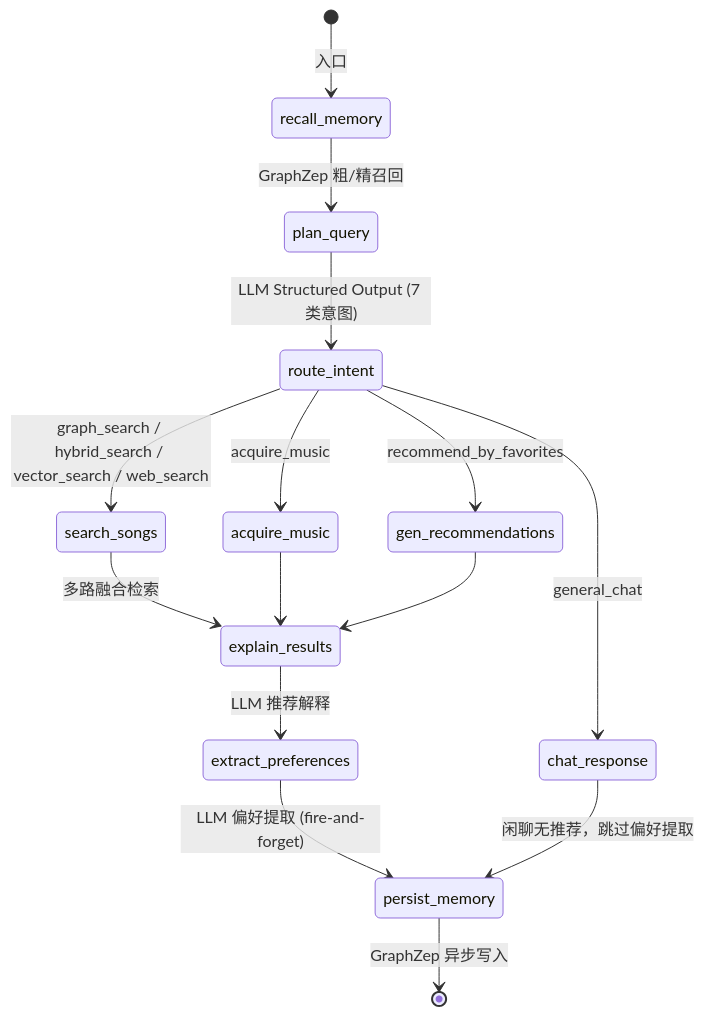
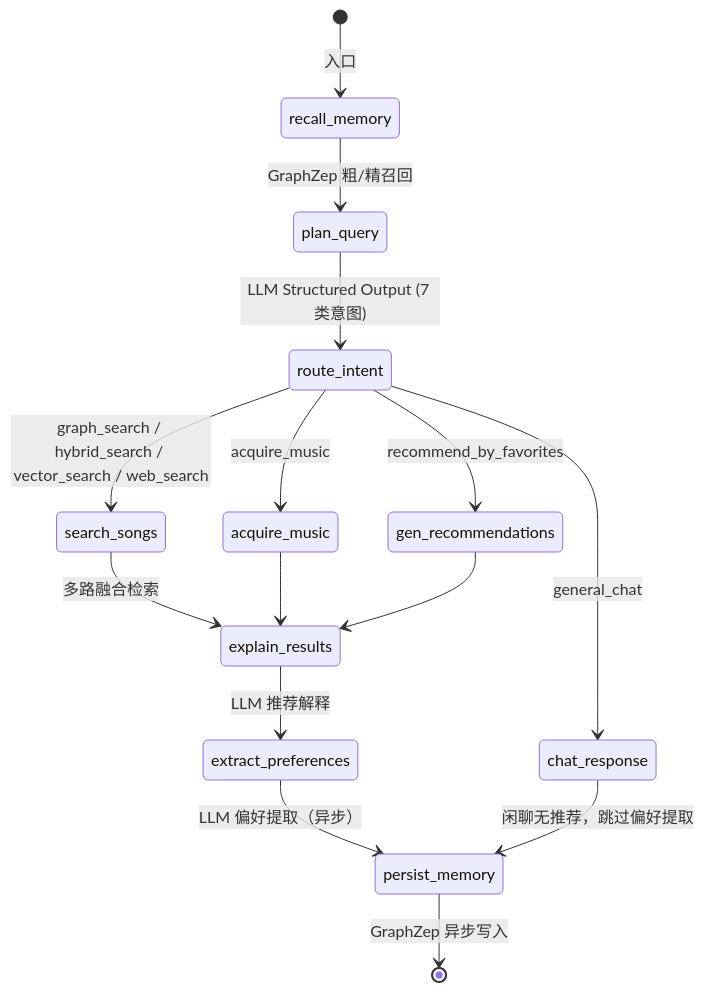
Before and after one commit to hgsanyang/SoulTuner-Agent: the first of 2 diagrams in README.md, drawn with Mermaid. The commit also changed other lines of this file and 2 other files, not shown here.

````diff
--- a/README.md
+++ b/README.md
@@ -222,22 +187,22 @@
 ```mermaid
 stateDiagram-v2
     [*] --> recall_memory: 入口
     recall_memory --> plan_query: GraphZep 粗/精召回
     plan_query --> route_intent: LLM Structured Output (7 类意图)
 
     route_intent --> search_songs: graph_search / hybrid_search / vector_search / web_search
     route_intent --> chat_response: general_chat
     route_intent --> acquire_music: acquire_music
     route_intent --> gen_recommendations: recommend_by_favorites
 
     search_songs --> explain_results: 多路融合检索
     acquire_music --> explain_results
     gen_recommendations --> explain_results
 
     explain_results --> extract_preferences: LLM 推荐解释
-    extract_preferences --> persist_memory: LLM 偏好提取 (fire-and-forget)
+    extract_preferences --> persist_memory: LLM 偏好提取（异步）
 
     chat_response --> persist_memory: 闲聊无推荐，跳过偏好提取
 
     persist_memory --> [*]: GraphZep 异步写入
 ```
````
